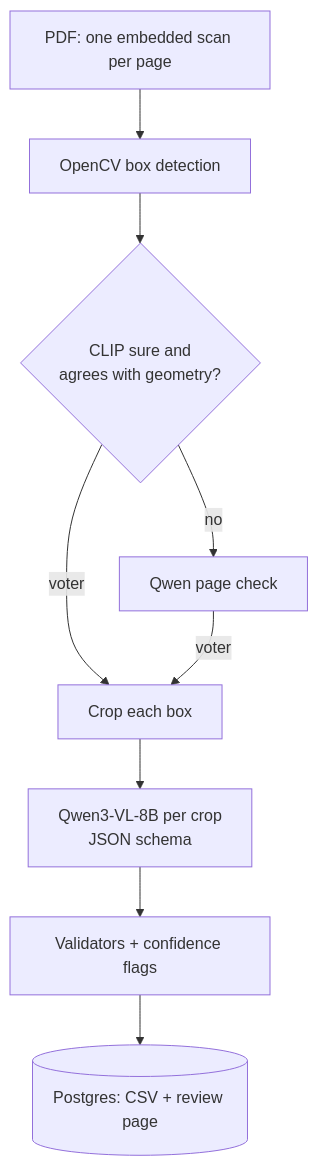
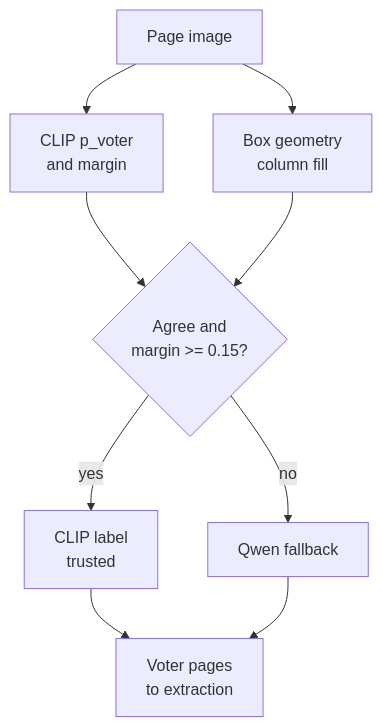
The second of 3 diagrams in README.md (neha-nambiar/qwen-structured-extraction), drawn with Mermaid before and after one commit. The commit also changed other lines of this file and 11 other files, not shown here.

Commit message:
Restructure README and simplify charts

````diff
--- a/README.md
+++ b/README.md
@@ -31,11 +57,11 @@
 ```mermaid
 flowchart TD
-    A["PDF: one embedded scan per page"] --> B[OpenCV box detection]
-    B --> C{CLIP sure and<br/>agrees with geometry?}
-    C -->|no| D[Qwen page check]
-    C -->|voter| E[Crop each box]
-    D -->|voter| E
-    E --> F[Qwen3-VL-8B per crop<br/>JSON schema]
-    F --> G[Validators + confidence flags]
-    G --> H[("Postgres: CSV + review page")]
+    A["Page image"] --> B["CLIP p_voter<br/>and margin"]
+    A --> C["Box geometry<br/>column fill"]
+    B --> D{"Agree and<br/>margin >= 0.15?"}
+    C --> D
+    D -- yes --> E["CLIP label<br/>trusted"]
+    D -- no --> F["Qwen fallback"]
+    E --> G["Voter pages<br/>to extraction"]
+    F --> G
 ```
````
